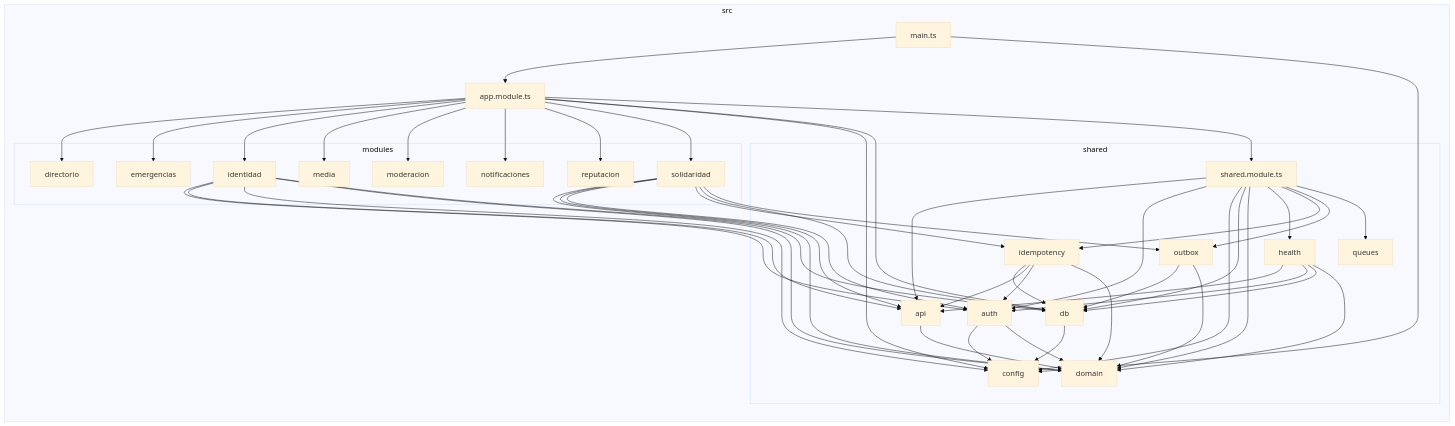
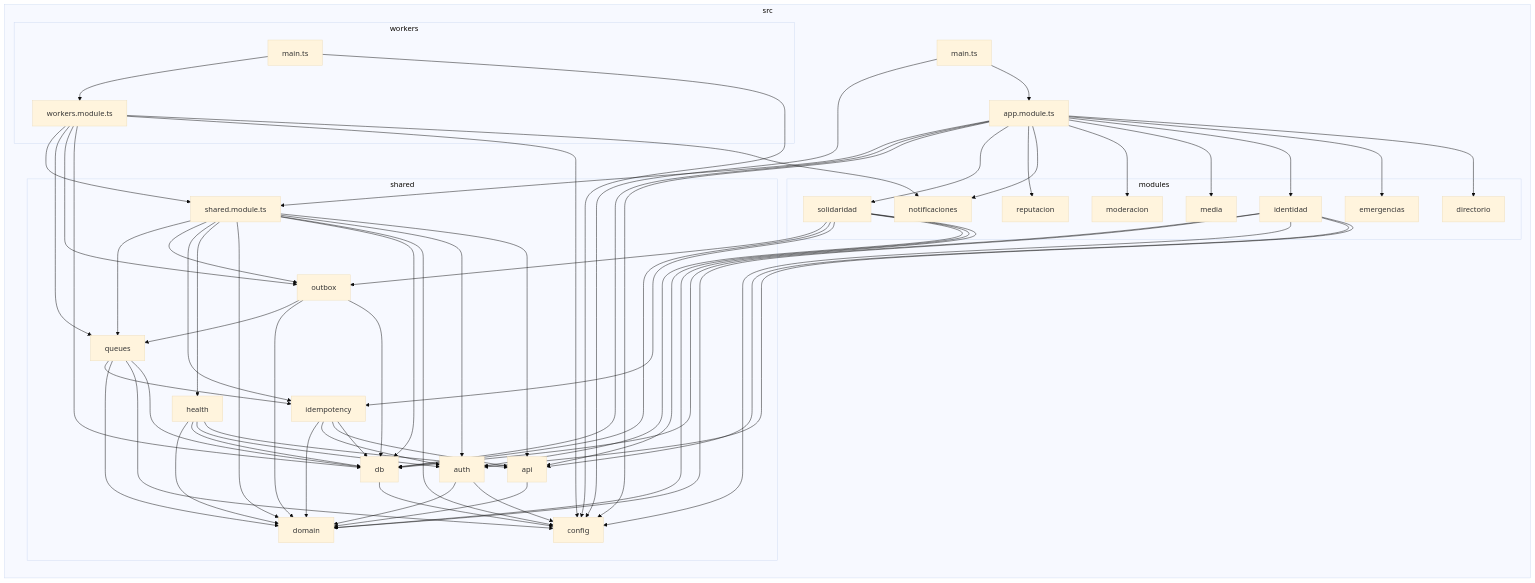
Before and after one commit to stefanods29/Hackathon-ElComercio-Shabat-Shalom: the diagram in docs/grafos/dependencias-backend.md, drawn with Mermaid (base theme). The commit also changed 25 other files, not shown here.

````diff
--- a/docs/grafos/dependencias-backend.md
+++ b/docs/grafos/dependencias-backend.md
@@ -31,6 +31,10 @@
     src_shared_outbox["outbox"]
     src_shared_queues["queues"]
     src_shared_shared_module_ts["shared.module.ts"]
+  end
+  subgraph src_workers["workers"]
+    src_workers_main_ts["main.ts"]
+    src_workers_workers_module_ts["workers.module.ts"]
   end
 end
 src_app_module_ts-->src_modules_directorio
@@ -71,6 +75,11 @@
 src_shared_idempotency-->src_shared_domain
 src_shared_outbox-->src_shared_db
 src_shared_outbox-->src_shared_domain
+src_shared_outbox-->src_shared_queues
+src_shared_queues-->src_shared_db
+src_shared_queues-->src_shared_config
+src_shared_queues-->src_shared_domain
+src_shared_queues-->src_shared_idempotency
 src_shared_shared_module_ts-->src_shared_api
 src_shared_shared_module_ts-->src_shared_auth
 src_shared_shared_module_ts-->src_shared_config
@@ -80,4 +89,12 @@
 src_shared_shared_module_ts-->src_shared_idempotency
 src_shared_shared_module_ts-->src_shared_outbox
 src_shared_shared_module_ts-->src_shared_queues
+src_workers_main_ts-->src_shared_config
+src_workers_main_ts-->src_workers_workers_module_ts
+src_workers_workers_module_ts-->src_modules_notificaciones
+src_workers_workers_module_ts-->src_shared_config
+src_workers_workers_module_ts-->src_shared_db
+src_workers_workers_module_ts-->src_shared_outbox
+src_workers_workers_module_ts-->src_shared_queues
+src_workers_workers_module_ts-->src_shared_shared_module_ts
 ```
````
